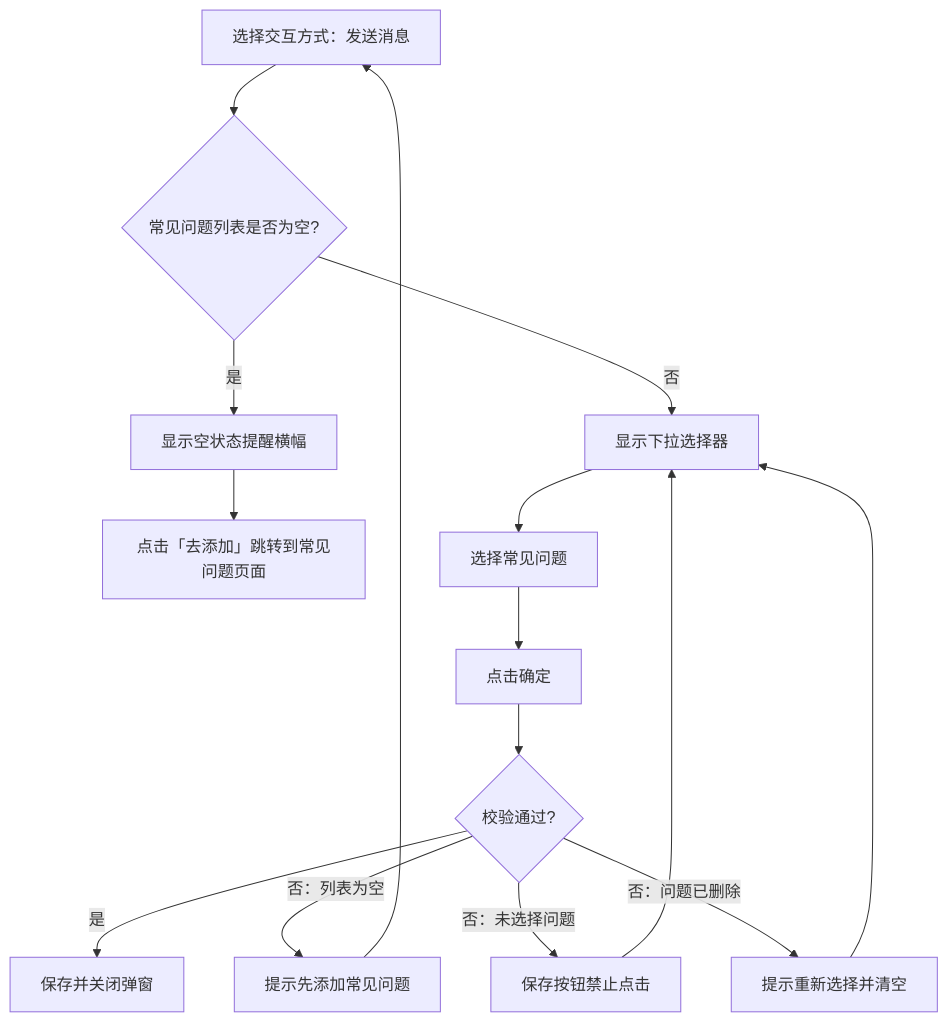
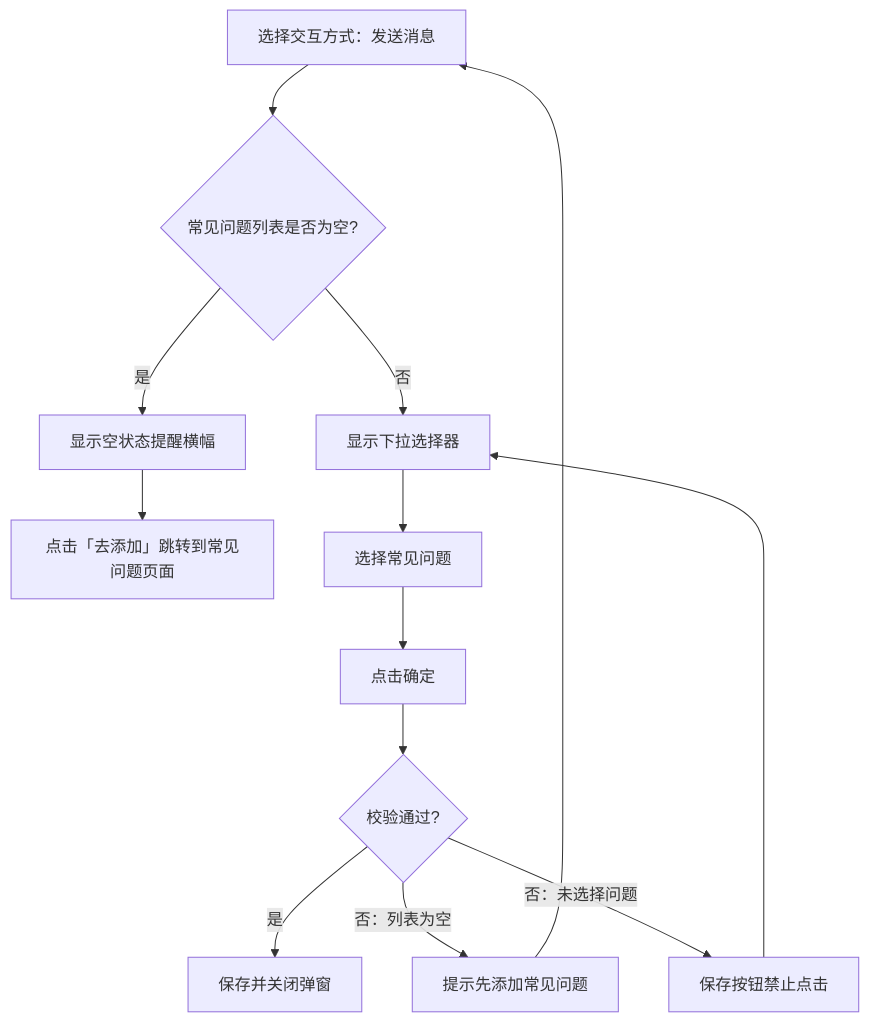
The diagram in docs/PRD：自定义快捷入口优化.md (goeye/twt), drawn with Mermaid before and after one commit. The commit also changed other lines of this file and 4 other files, not shown here.

````diff
--- a/docs/PRD：自定义快捷入口优化.md
+++ b/docs/PRD：自定义快捷入口优化.md
@@ -38,18 +39,16 @@
 ```mermaid
 flowchart TD
   A["选择交互方式：发送消息"] --> B{"常见问题列表是否为空?"}
   B -->|"是"| C["显示空状态提醒横幅"]
   B -->|"否"| D["显示下拉选择器"]
   C --> E["点击「去添加」跳转到常见问题页面"]
   D --> F["选择常见问题"]
   F --> G["点击确定"]
   G --> H{"校验通过?"}
   H -->|"是"| I["保存并关闭弹窗"]
   H -->|"否：列表为空"| J["提示先添加常见问题"]
   H -->|"否：未选择问题"| K["保存按钮禁止点击"]
-  H -->|"否：问题已删除"| L["提示重新选择并清空"]
   J --> A
   K --> D
-  L --> D
 
 ```
````
